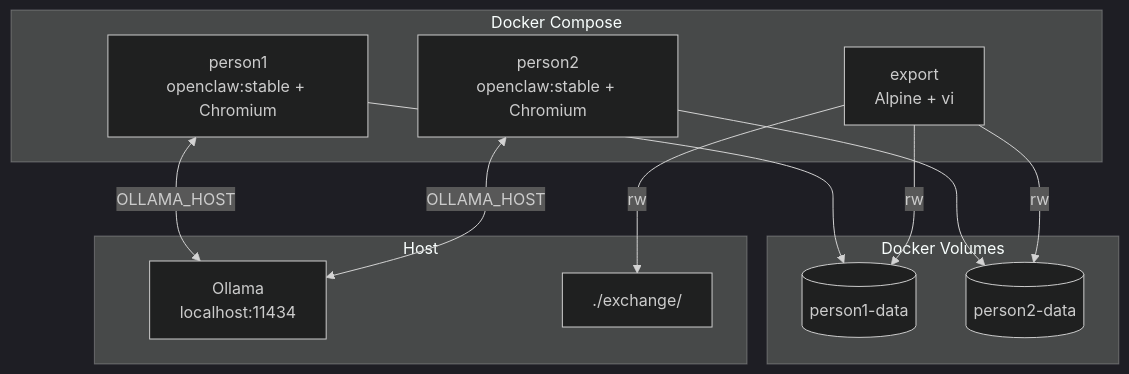
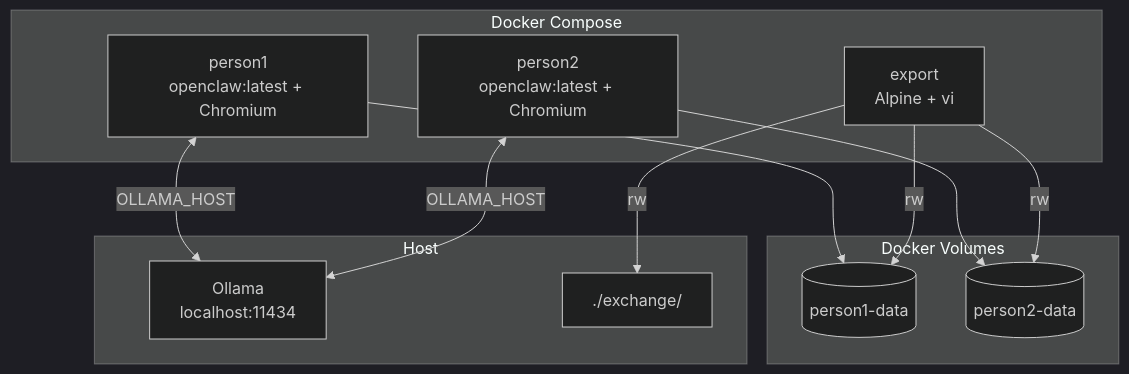
One commit to iso/ods changed the first of 2 diagrams in README.md. Above: the diagram before and after it, drawn with Mermaid (dark theme). The commit also changed other lines of this file and 3 other files, not shown here.

````diff
--- a/README.md
+++ b/README.md
@@ -7,26 +7,26 @@
 ```mermaid
 graph TD
     subgraph "Docker Compose"
-        P1[person1<br/>openclaw:stable + Chromium]
-        P2[person2<br/>openclaw:stable + Chromium]
+        P1[person1<br/>openclaw:latest + Chromium]
+        P2[person2<br/>openclaw:latest + Chromium]
         E[export<br/>Alpine + vi]
     end
 
     subgraph "Docker Volumes"
         V1[(person1-data)]
         V2[(person2-data)]
     end
 
     subgraph "Host"
         O[Ollama<br/>localhost:11434]
         H1[./exchange/]
     end
 
     P1 <-->|OLLAMA_HOST| O
     P2 <-->|OLLAMA_HOST| O
     P1 --> V1
     P2 --> V2
     E -->|rw| V1
     E -->|rw| V2
     E -->|rw| H1
 ```
````
